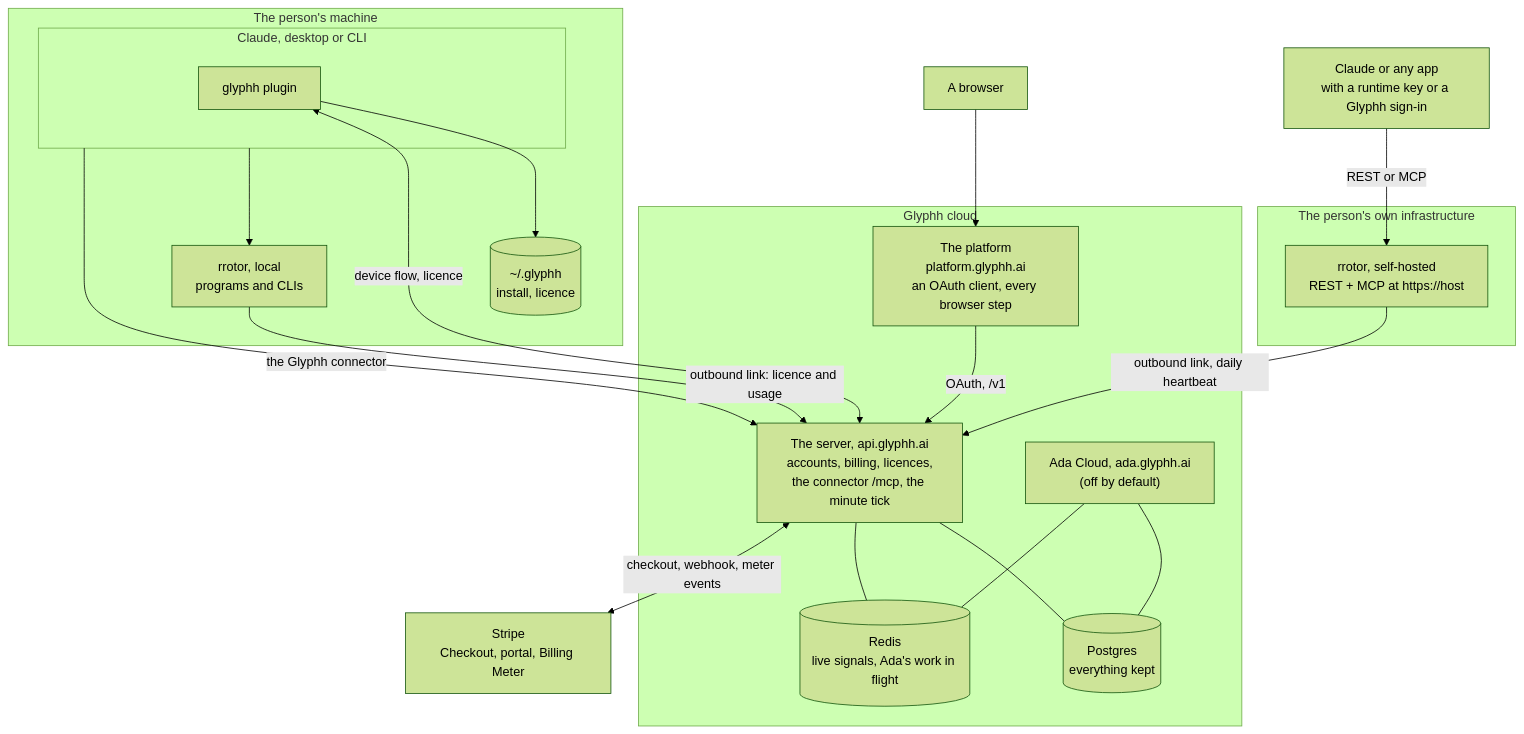
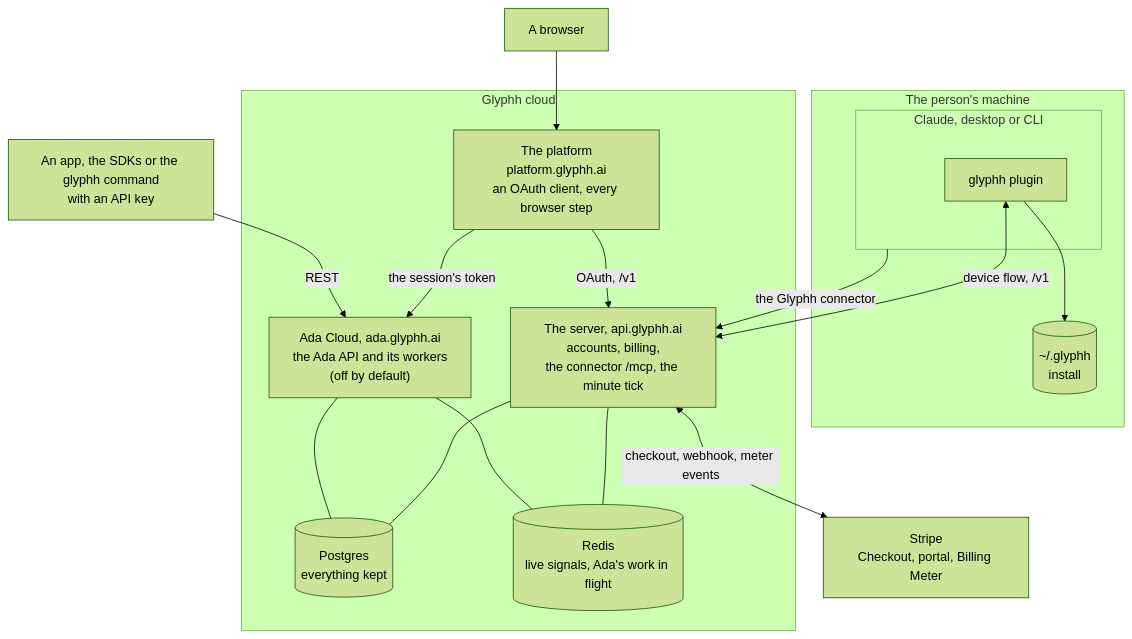
One commit to glyphh-ai/server changed the first of 3 diagrams in docs/architecture.md. Above: the diagram before and after it, drawn with Mermaid (forest theme). The commit also changed other lines of this file and 406 other files, not shown here.

First line of the commit message:
Glyphh is one thing, Ada: bots, rrotor, templates and everything around them removed (#81)

````diff
--- a/docs/architecture.md
+++ b/docs/architecture.md
@@ -23,41 +24,34 @@
 ```mermaid
 flowchart TB
     subgraph Machine["The person's machine"]
         subgraph Claude["Claude, desktop or CLI"]
             Base["glyphh plugin"]
         end
-        LocalRotor["rrotor, local<br/>programs and CLIs"]
-        Local[("~/.glyphh<br/>install, licence")]
+        Local[("~/.glyphh<br/>install")]
         Base --> Local
-        Claude --> LocalRotor
     end
 
     Browser["A browser"]
-    Callers["Claude or any app<br/>with a runtime key or a Glyphh sign-in"]
+    Callers["An app, the SDKs or the glyphh command<br/>with an API key"]
     Stripe["Stripe<br/>Checkout, portal, Billing Meter"]
 
     subgraph Cloud["Glyphh cloud"]
         Platform["The platform<br/>platform.glyphh.ai<br/>an OAuth client, every browser step"]
-        API["The server, api.glyphh.ai<br/>accounts, billing, licences,<br/>the connector /mcp, the minute tick"]
-        Ada["Ada Cloud, ada.glyphh.ai<br/>(off by default)"]
+        API["The server, api.glyphh.ai<br/>accounts, billing,<br/>the connector /mcp, the minute tick"]
+        Ada["Ada Cloud, ada.glyphh.ai<br/>the Ada API and its workers<br/>(off by default)"]
         DB[("Postgres<br/>everything kept")]
         Redis[("Redis<br/>live signals, Ada's work in flight")]
         Platform -- "OAuth, /v1" --> API
+        Platform -- "the session's token" --> Ada
         API --- DB
         API --- Redis
         Ada --- DB
         Ada --- Redis
     end
 
-    subgraph Own["The person's own infrastructure"]
-        Self["rrotor, self-hosted<br/>REST + MCP at https://host"]
-    end
-
     Browser --> Platform
-    Base <-- "device flow, licence" --> API
+    Base <-- "device flow, /v1" --> API
     Claude -- "the Glyphh connector" --> API
-    Callers -- "REST or MCP" --> Self
-    LocalRotor -- "outbound link: licence and usage" --> API
-    Self -- "outbound link, daily heartbeat" --> API
+    Callers -- "REST" --> Ada
     API <-- "checkout, webhook, meter events" --> Stripe
 ```
````
